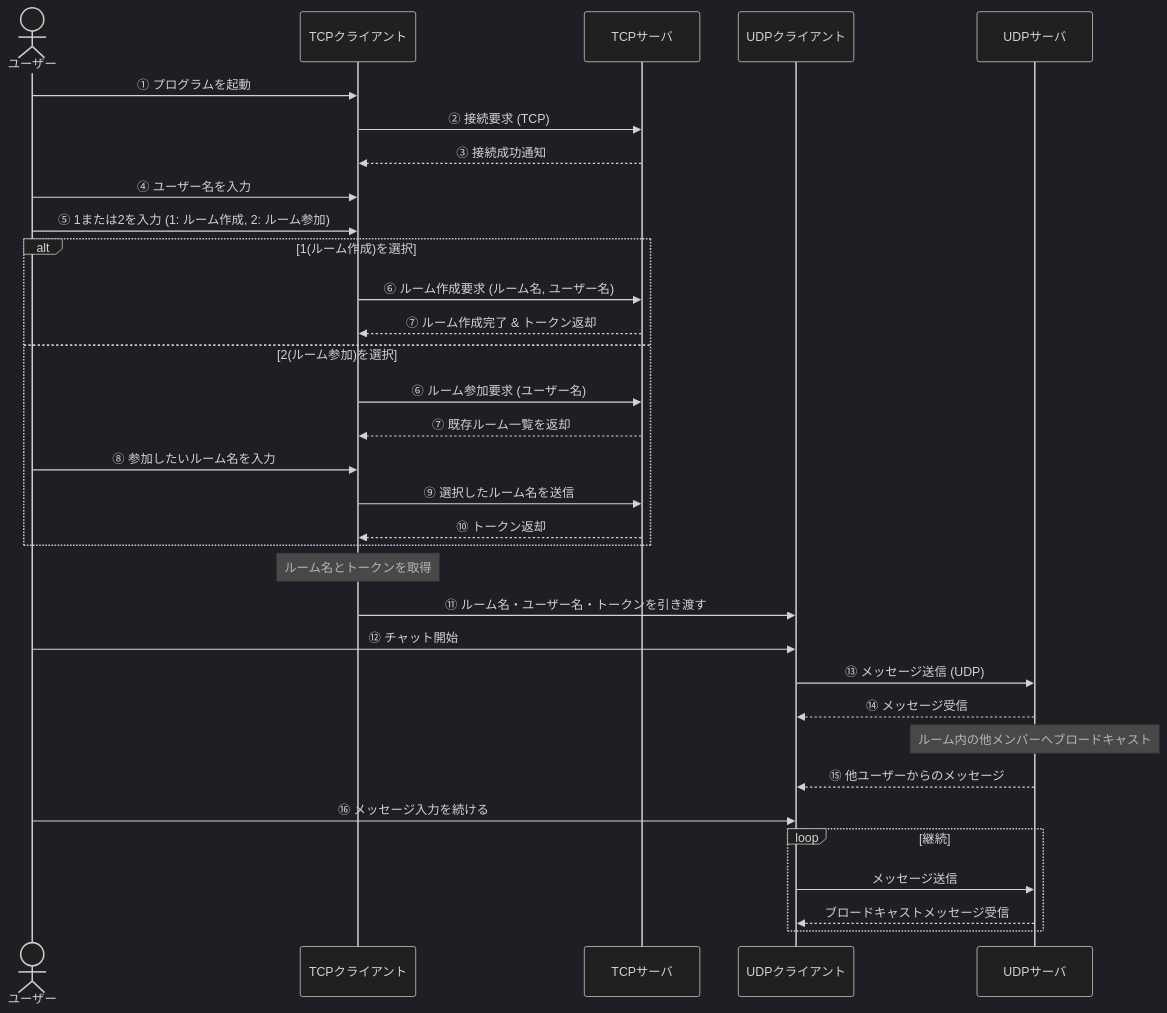
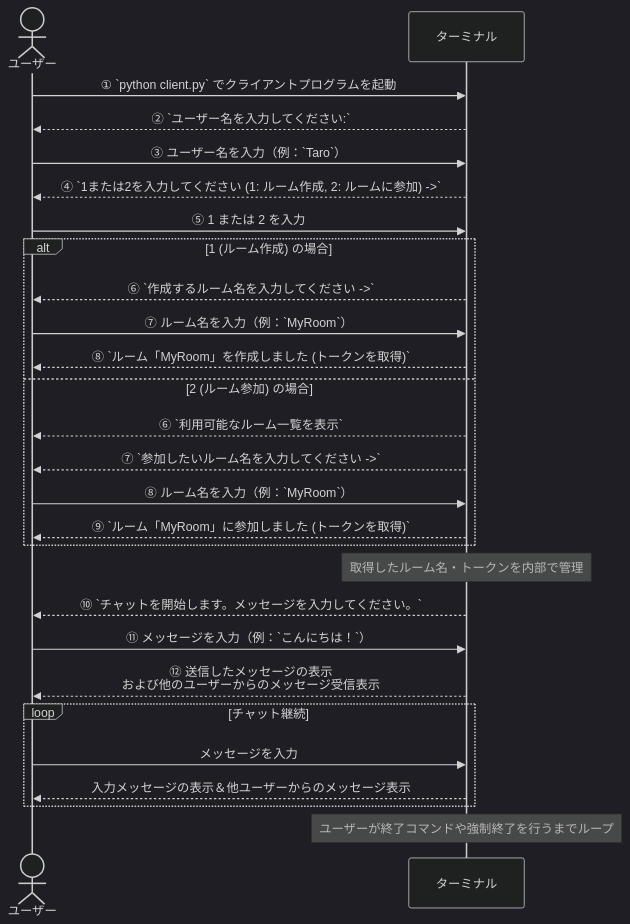
The second of 2 diagrams in README.md (BackendExplorer/Tenshin), drawn with Mermaid (dark theme) before and after one commit.

````diff
--- a/README.md
+++ b/README.md
@@ -46,43 +46,35 @@
 ```mermaid
 sequenceDiagram
     actor ユーザー
-    participant TCPクライアント as TCPクライアント
-    participant TCPサーバ as TCPサーバ
-    participant UDPクライアント as UDPクライアント
-    participant UDPサーバ as UDPサーバ
+    participant ターミナル
 
-    ユーザー->>TCPクライアント: ① プログラムを起動
-    TCPクライアント->>TCPサーバ: ② 接続要求 (TCP)
-    TCPサーバ-->>TCPクライアント: ③ 接続成功通知
+    ユーザー->>ターミナル: ① `python client.py` でクライアントプログラムを起動
+    ターミナル-->>ユーザー: ② `ユーザー名を入力してください:`
+    ユーザー->>ターミナル: ③ ユーザー名を入力（例：`Taro`）
+    ターミナル-->>ユーザー: ④ `1または2を入力してください (1: ルーム作成, 2: ルームに参加) ->`
+    ユーザー->>ターミナル: ⑤ 1 または 2 を入力
 
-    ユーザー->>TCPクライアント: ④ ユーザー名を入力
-    ユーザー->>TCPクライアント: ⑤ 1または2を入力 (1: ルーム作成, 2: ルーム参加)
-
-    alt 1(ルーム作成)を選択
-        TCPクライアント->>TCPサーバ: ⑥ ルーム作成要求 (ルーム名, ユーザー名)
-        TCPサーバ-->>TCPクライアント: ⑦ ルーム作成完了 & トークン返却
-    else 2(ルーム参加)を選択
-        TCPクライアント->>TCPサーバ: ⑥ ルーム参加要求 (ユーザー名)
-        TCPサーバ-->>TCPクライアント: ⑦ 既存ルーム一覧を返却
-        ユーザー->>TCPクライアント: ⑧ 参加したいルーム名を入力
-        TCPクライアント->>TCPサーバ: ⑨ 選択したルーム名を送信
-        TCPサーバ-->>TCPクライアント: ⑩ トークン返却
+    alt 1 (ルーム作成) の場合
+        ターミナル-->>ユーザー: ⑥ `作成するルーム名を入力してください ->`
+        ユーザー->>ターミナル: ⑦ ルーム名を入力（例：`MyRoom`）
+        ターミナル-->>ユーザー: ⑧ `ルーム「MyRoom」を作成しました (トークンを取得)`
+    else 2 (ルーム参加) の場合
+        ターミナル-->>ユーザー: ⑥ `利用可能なルーム一覧を表示`
+        ターミナル-->>ユーザー: ⑦ `参加したいルーム名を入力してください ->`
+        ユーザー->>ターミナル: ⑧ ルーム名を入力（例：`MyRoom`）
+        ターミナル-->>ユーザー: ⑨ `ルーム「MyRoom」に参加しました (トークンを取得)`
     end
 
-    note over TCPクライアント: ルーム名とトークンを取得
-    
-    TCPクライアント->>UDPクライアント: ⑪ ルーム名・ユーザー名・トークンを引き渡す
+    note over ターミナル: 取得したルーム名・トークンを内部で管理
 
-    ユーザー->>UDPクライアント: ⑫ チャット開始
-    UDPクライアント->>UDPサーバ: ⑬ メッセージ送信 (UDP)
-    UDPサーバ-->>UDPクライアント: ⑭ メッセージ受信
+    ターミナル-->>ユーザー: ⑩ `チャットを開始します。メッセージを入力してください。`
+    ユーザー->>ターミナル: ⑪ メッセージを入力（例：`こんにちは！`）
+    ターミナル-->>ユーザー: ⑫ 送信したメッセージの表示<br/>および他のユーザーからのメッセージ受信表示
 
-    note over UDPサーバ: ルーム内の他メンバーへブロードキャスト
+    loop チャット継続
+        ユーザー->>ターミナル: メッセージを入力
+        ターミナル-->>ユーザー: 入力メッセージの表示＆他ユーザーからのメッセージ表示
+    end
 
-    UDPサーバ-->>UDPクライアント: ⑮ 他ユーザーからのメッセージ
-    ユーザー->>UDPクライアント: ⑯ メッセージ入力を続ける
-    loop 継続
-        UDPクライアント->>UDPサーバ: メッセージ送信
-        UDPサーバ-->>UDPクライアント: ブロードキャストメッセージ受信
-    end
+    note over ターミナル: ユーザーが終了コマンドや強制終了を行うまでループ
 ```
````
